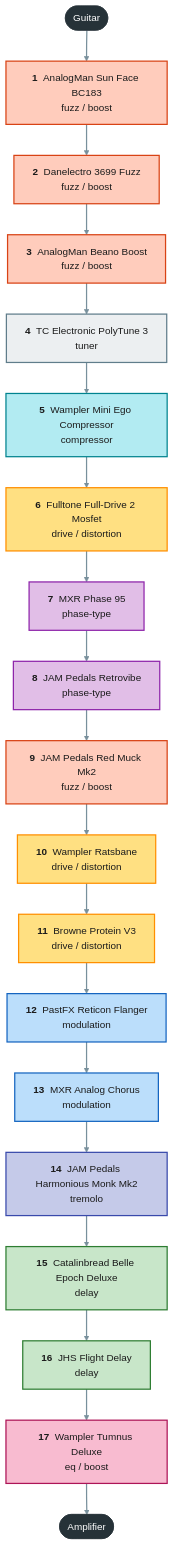
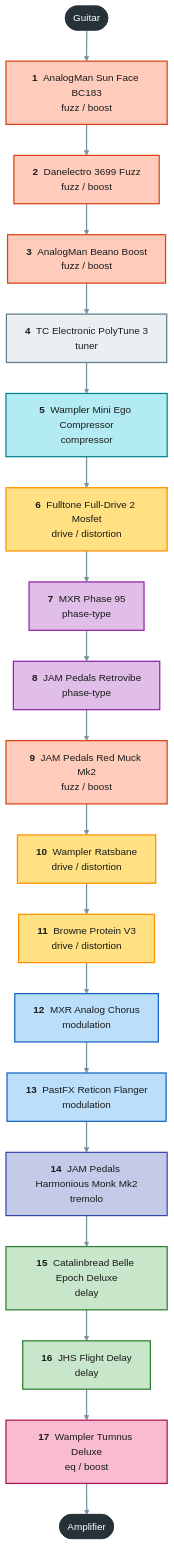
Before and after one commit to pedroacvieira/pedalboard: the first of 2 diagrams in projects/guitar-gig/README.md, drawn with Mermaid. The commit also changed other lines of this file and 10 other files, not shown here.

First line of the commit message:
guitar-gig: MXR Analog Chorus before the Reticon (owner): signal cables 2401 -> 2322 mm

````diff
--- a/projects/guitar-gig/README.md
+++ b/projects/guitar-gig/README.md
@@ -18,34 +18,34 @@
 ```mermaid
 flowchart TB
     guitar(["Guitar"]):::endpoint
     sun_face["<b>1</b> &nbsp;AnalogMan Sun Face BC183<br/>fuzz / boost"]:::c_fuzz___boost
     danelectro_3699["<b>2</b> &nbsp;Danelectro 3699 Fuzz<br/>fuzz / boost"]:::c_fuzz___boost
     beano["<b>3</b> &nbsp;AnalogMan Beano Boost<br/>fuzz / boost"]:::c_fuzz___boost
     polytune_3["<b>4</b> &nbsp;TC Electronic PolyTune 3<br/>tuner"]:::c_tuner
     mini_ego["<b>5</b> &nbsp;Wampler Mini Ego Compressor<br/>compressor"]:::c_compressor
     fulldrive_2["<b>6</b> &nbsp;Fulltone Full-Drive 2 Mosfet<br/>drive / distortion"]:::c_drive___distortion
     phase_95["<b>7</b> &nbsp;MXR Phase 95<br/>phase-type"]:::c_phase_type
     retrovibe["<b>8</b> &nbsp;JAM Pedals Retrovibe<br/>phase-type"]:::c_phase_type
     red_muck["<b>9</b> &nbsp;JAM Pedals Red Muck Mk2<br/>fuzz / boost"]:::c_fuzz___boost
     ratsbane["<b>10</b> &nbsp;Wampler Ratsbane<br/>drive / distortion"]:::c_drive___distortion
     protein["<b>11</b> &nbsp;Browne Protein V3<br/>drive / distortion"]:::c_drive___distortion
-    reticon["<b>12</b> &nbsp;PastFX Reticon Flanger<br/>modulation"]:::c_modulation
-    analog_chorus["<b>13</b> &nbsp;MXR Analog Chorus<br/>modulation"]:::c_modulation
+    analog_chorus["<b>12</b> &nbsp;MXR Analog Chorus<br/>modulation"]:::c_modulation
+    reticon["<b>13</b> &nbsp;PastFX Reticon Flanger<br/>modulation"]:::c_modulation
     monk["<b>14</b> &nbsp;JAM Pedals Harmonious Monk Mk2<br/>tremolo"]:::c_tremolo
     belle_epoch["<b>15</b> &nbsp;Catalinbread Belle Epoch Deluxe<br/>delay"]:::c_delay
     flight_delay["<b>16</b> &nbsp;JHS Flight Delay<br/>delay"]:::c_delay
     tumnus_deluxe["<b>17</b> &nbsp;Wampler Tumnus Deluxe<br/>eq / boost"]:::c_eq___boost
     amp(["Amplifier"]):::endpoint
-    guitar --> sun_face --> danelectro_3699 --> beano --> polytune_3 --> mini_ego --> fulldrive_2 --> phase_95 --> retrovibe --> red_muck --> ratsbane --> protein --> reticon --> analog_chorus --> monk --> belle_epoch --> flight_delay --> tumnus_deluxe --> amp
+    guitar --> sun_face --> danelectro_3699 --> beano --> polytune_3 --> mini_ego --> fulldrive_2 --> phase_95 --> retrovibe --> red_muck --> ratsbane --> protein --> analog_chorus --> reticon --> monk --> belle_epoch --> flight_delay --> tumnus_deluxe --> amp
     classDef endpoint fill:#263238,stroke:#263238,color:#ffffff
     classDef c_tuner fill:#eceff1,stroke:#607d8b,stroke-width:2px,color:#1b1b1b
     classDef c_compressor fill:#b2ebf2,stroke:#00838f,stroke-width:2px,color:#1b1b1b
     classDef c_fuzz___boost fill:#ffccbc,stroke:#d84315,stroke-width:2px,color:#1b1b1b
     classDef c_drive___distortion fill:#ffe082,stroke:#ff8f00,stroke-width:2px,color:#1b1b1b
     classDef c_phase_type fill:#e1bee7,stroke:#8e24aa,stroke-width:2px,color:#1b1b1b
     classDef c_modulation fill:#bbdefb,stroke:#1565c0,stroke-width:2px,color:#1b1b1b
     classDef c_tremolo fill:#c5cae9,stroke:#3949ab,stroke-width:2px,color:#1b1b1b
     classDef c_delay fill:#c8e6c9,stroke:#2e7d32,stroke-width:2px,color:#1b1b1b
     classDef c_eq___boost fill:#f8bbd0,stroke:#ad1457,stroke-width:2px,color:#1b1b1b
     linkStyle default stroke:#78909c,stroke-width:2px
 ```
````
